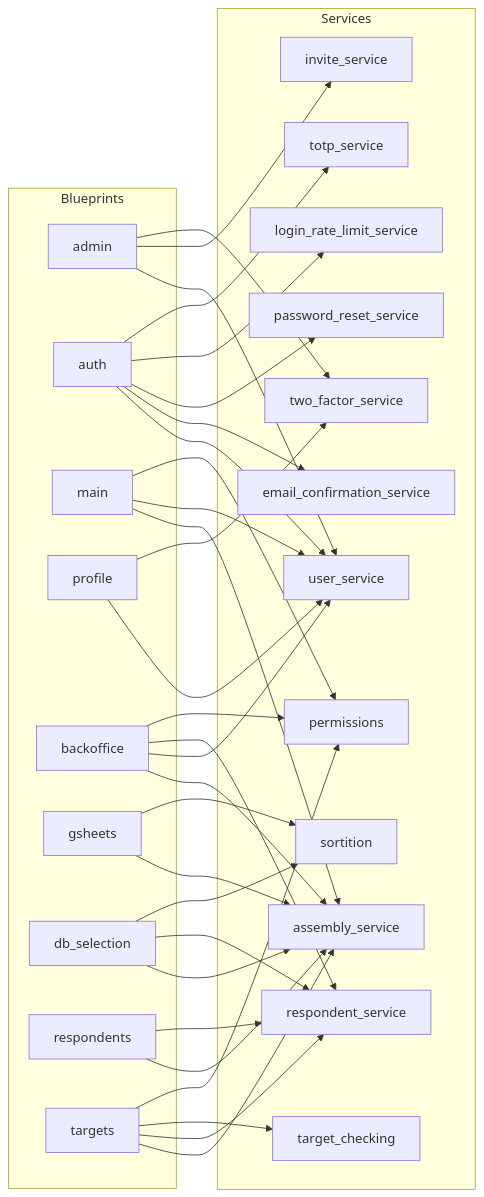
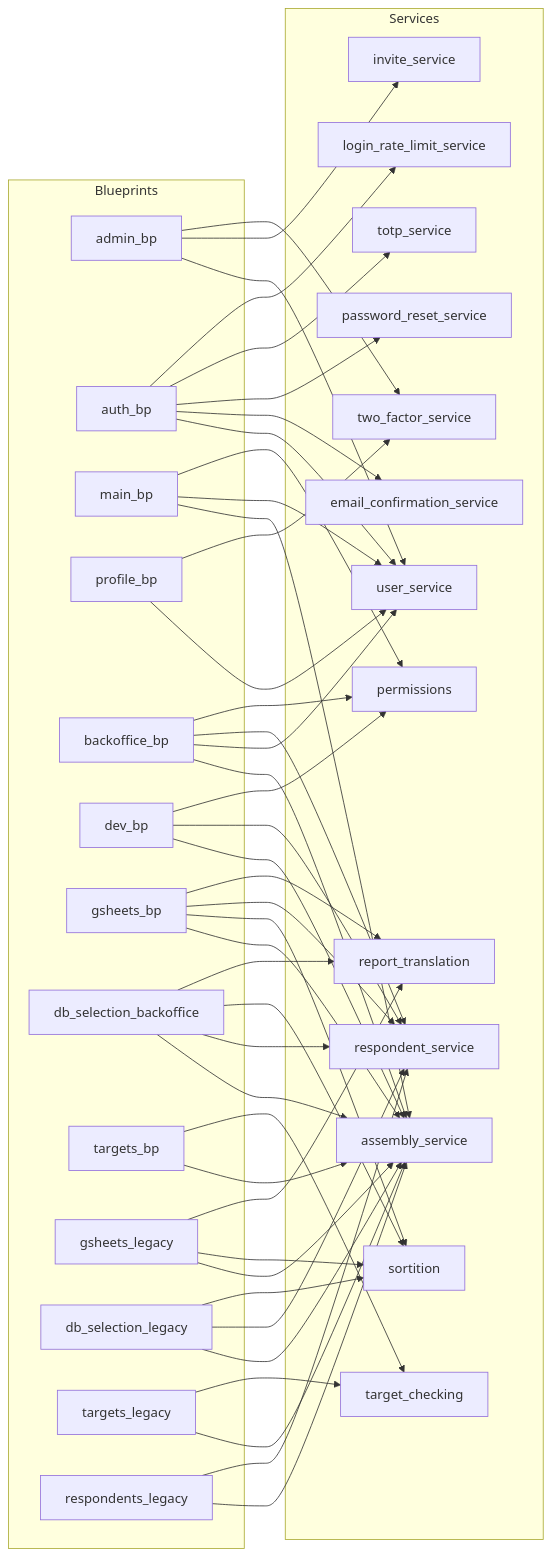
One commit to sortitionfoundation/opendlp changed the third of 3 diagrams in backend/docs/architecture.md. Above: the diagram before and after it, drawn with Mermaid. The commit also changed other lines of this file, not shown here.

Commit message:
update architecture docs to reflect reality

````diff
--- a/backend/docs/architecture.md
+++ b/backend/docs/architecture.md
@@ -220,66 +245,50 @@
 ```mermaid
 flowchart LR
-    subgraph Blueprints
-        admin_bp[admin]
-        auth_bp[auth]
-        main_bp[main]
-        profile_bp[profile]
-        backoffice_bp[backoffice]
-        gsheets_bp[gsheets]
-        db_selection_bp[db_selection]
-        respondents_bp[respondents]
-        targets_bp[targets]
+    subgraph BPs["Blueprints"]
+        admin_bp
+        auth_bp
+        main_bp
+        profile_bp
+        backoffice_bp
+        dev_bp
+        gsheets_bp
+        db_sel_bo[db_selection_backoffice]
+        targets_bp
+        gsheets_legacy_bp[gsheets_legacy]
+        db_sel_legacy[db_selection_legacy]
+        targets_legacy_bp[targets_legacy]
+        respondents_legacy_bp[respondents_legacy]
     end
 
-    subgraph Services
+    subgraph Svc["Services"]
         assembly_svc[assembly_service]
         user_svc[user_service]
         respondent_svc[respondent_service]
         sortition_svc[sortition]
         invite_svc[invite_service]
         two_factor_svc[two_factor_service]
         email_confirm_svc[email_confirmation_service]
         password_reset_svc[password_reset_service]
         totp_svc[totp_service]
         login_rate_svc[login_rate_limit_service]
         permissions_svc[permissions]
         target_check_svc[target_checking]
+        report_xl[report_translation]
     end
 
-    admin_bp --> user_svc
-    admin_bp --> invite_svc
-    admin_bp --> two_factor_svc
+    admin_bp --> user_svc & invite_svc & two_factor_svc
+    auth_bp --> user_svc & email_confirm_svc & password_reset_svc & totp_svc & login_rate_svc
+    main_bp --> assembly_svc & user_svc & permissions_svc
+    profile_bp --> user_svc & two_factor_svc
+    backoffice_bp --> assembly_svc & user_svc & respondent_svc & permissions_svc
+    dev_bp --> assembly_svc & respondent_svc & permissions_svc
 
-    auth_bp --> user_svc
-    auth_bp --> email_confirm_svc
-    auth_bp --> password_reset_svc
-    auth_bp --> login_rate_svc
-    auth_bp --> totp_svc
+    gsheets_bp --> assembly_svc & sortition_svc & respondent_svc & report_xl
+    db_sel_bo --> assembly_svc & respondent_svc & sortition_svc & report_xl
+    targets_bp --> assembly_svc & target_check_svc
 
-    main_bp --> assembly_svc
-    main_bp --> user_svc
-    main_bp --> permissions_svc
-
-    profile_bp --> user_svc
-    profile_bp --> two_factor_svc
-
-    backoffice_bp --> assembly_svc
-    backoffice_bp --> user_svc
-    backoffice_bp --> respondent_svc
-    backoffice_bp --> permissions_svc
-
-    gsheets_bp --> assembly_svc
-    gsheets_bp --> sortition_svc
-
-    db_selection_bp --> assembly_svc
-    db_selection_bp --> respondent_svc
-    db_selection_bp --> sortition_svc
-
-    respondents_bp --> assembly_svc
-    respondents_bp --> respondent_svc
-
-    targets_bp --> assembly_svc
-    targets_bp --> respondent_svc
-    targets_bp --> target_check_svc
-    targets_bp --> permissions_svc
+    gsheets_legacy_bp --> assembly_svc & sortition_svc & report_xl
+    db_sel_legacy --> assembly_svc & respondent_svc & sortition_svc
+    targets_legacy_bp --> assembly_svc & target_check_svc
+    respondents_legacy_bp --> assembly_svc & respondent_svc
 ```
````
